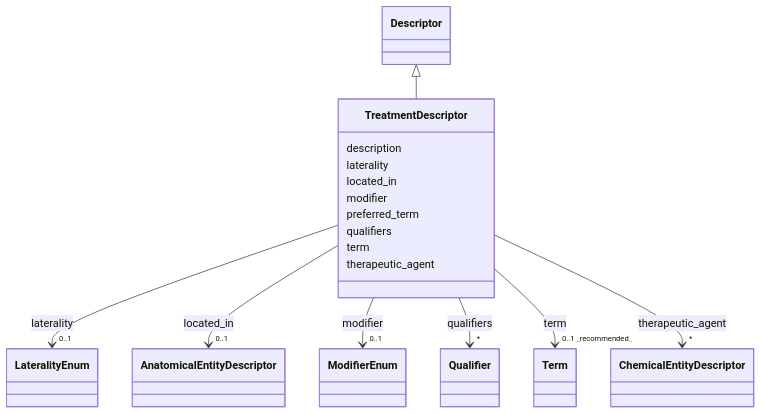
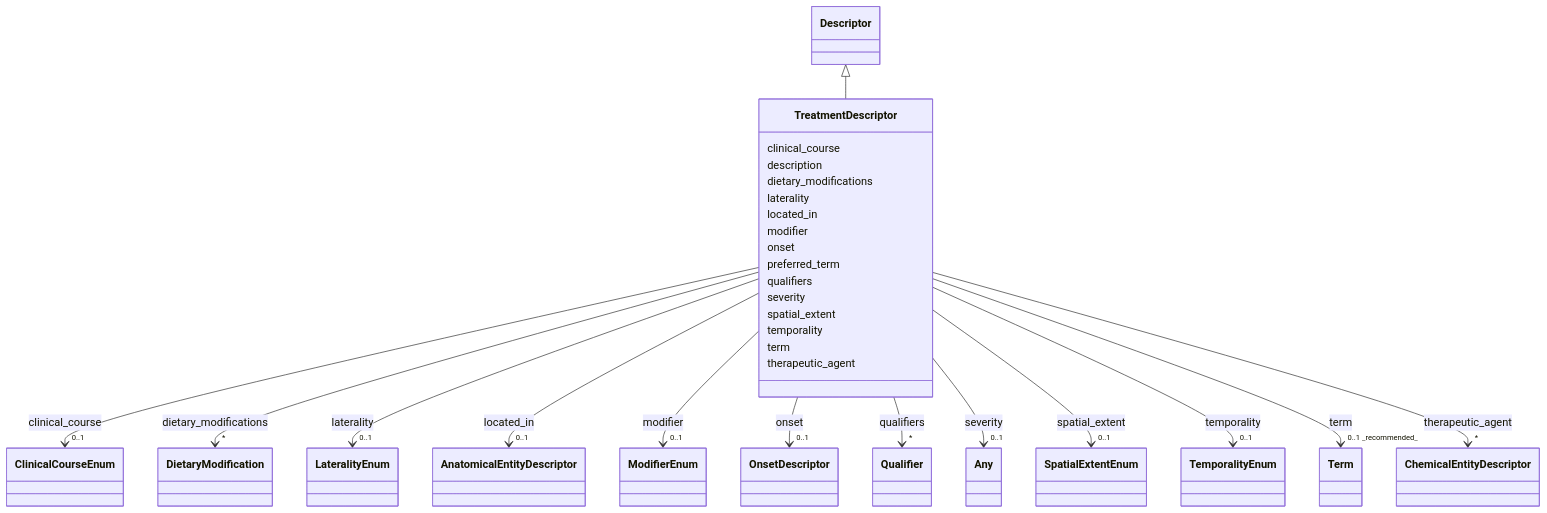
Before and after one commit to monarch-initiative/dismech: the diagram in docs/schema/classes/TreatmentDescriptor.md, drawn with Mermaid. The commit also changed other lines of this file and 1343 other files, not shown here.

First line of the commit message:
docs: regenerate schema docs and point design-decisions link at rendered page

```diff
--- a/docs/schema/classes/TreatmentDescriptor.md
+++ b/docs/schema/classes/TreatmentDescriptor.md
@@ -22,7 +22,29 @@
       Descriptor <|-- TreatmentDescriptor
         click Descriptor href "../../classes/Descriptor/"
       
+      TreatmentDescriptor : clinical_course
+        
+          
+    
+        
+        
+        TreatmentDescriptor --> "0..1" ClinicalCourseEnum : clinical_course
+        click ClinicalCourseEnum href "../../enums/ClinicalCourseEnum/"
+    
+
+        
       TreatmentDescriptor : description
+        
+      TreatmentDescriptor : dietary_modifications
+        
+          
+    
+        
+        
+        TreatmentDescriptor --> "*" DietaryModification : dietary_modifications
+        click DietaryModification href "../../classes/DietaryModification/"
+    
+
         
       TreatmentDescriptor : laterality
         
@@ -57,6 +79,17 @@
     
 
         
+      TreatmentDescriptor : onset
+        
+          
+    
+        
+        
+        TreatmentDescriptor --> "0..1" OnsetDescriptor : onset
+        click OnsetDescriptor href "../../classes/OnsetDescriptor/"
+    
+
+        
       TreatmentDescriptor : preferred_term
         
       TreatmentDescriptor : qualifiers
@@ -67,6 +100,39 @@
         
         TreatmentDescriptor --> "*" Qualifier : qualifiers
         click Qualifier href "../../classes/Qualifier/"
+    
+
+        
+      TreatmentDescriptor : severity
+        
+          
+    
+        
+        
+        TreatmentDescriptor --> "0..1" Any : severity
+        click Any href "../../classes/Any/"
+    
+
+        
+      TreatmentDescriptor : spatial_extent
+        
+          
+    
+        
+        
+        TreatmentDescriptor --> "0..1" SpatialExtentEnum : spatial_extent
+        click SpatialExtentEnum href "../../enums/SpatialExtentEnum/"
+    
+
+        
+      TreatmentDescriptor : temporality
+        
+          
+    
+        
+        
+        TreatmentDescriptor --> "0..1" TemporalityEnum : temporality
+        click TemporalityEnum href "../../enums/TemporalityEnum/"
     
 
         
```
